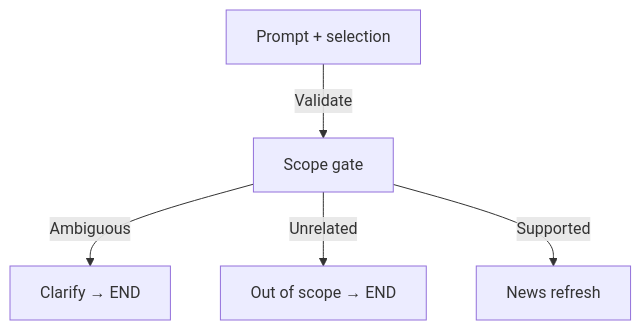
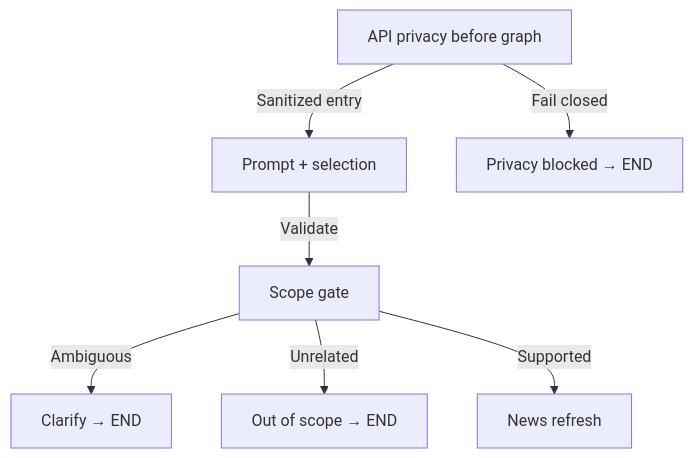
One commit to ByronHo68/ai-learning-academy changed the second of 18 diagrams in docs/FINANCE_WORKFLOW_ATLAS.md. Above: the diagram before and after it, drawn with Mermaid. The commit also changed other lines of this file and 64 other files, not shown here.

Commit message:
Add PII boundaries and fail-closed paths to research workflows

````diff
--- a/docs/FINANCE_WORKFLOW_ATLAS.md
+++ b/docs/FINANCE_WORKFLOW_ATLAS.md
@@ -282,12 +351,16 @@
 ```mermaid
 flowchart TD
-  n0["Prompt + selection"]
-  n1["Scope gate"]
-  n2["Clarify → END"]
-  n3["Out of scope → END"]
-  n4["News refresh"]
-  n0 -- "Validate" --> n1
-  n1 -- "Ambiguous" --> n2
-  n1 -- "Unrelated" --> n3
-  n1 -- "Supported" --> n4
+  n0["API privacy before graph"]
+  n1["Prompt + selection"]
+  n2["Privacy blocked → END"]
+  n3["Scope gate"]
+  n4["Clarify → END"]
+  n5["Out of scope → END"]
+  n6["News refresh"]
+  n0 -- "Sanitized entry" --> n1
+  n0 -- "Fail closed" --> n2
+  n1 -- "Validate" --> n3
+  n3 -- "Ambiguous" --> n4
+  n3 -- "Unrelated" --> n5
+  n3 -- "Supported" --> n6
 ```
````
